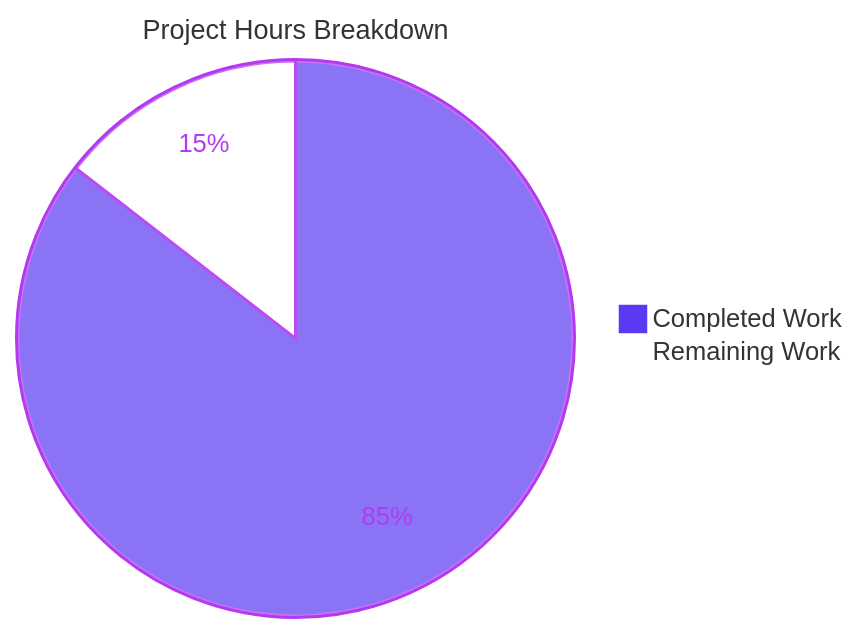
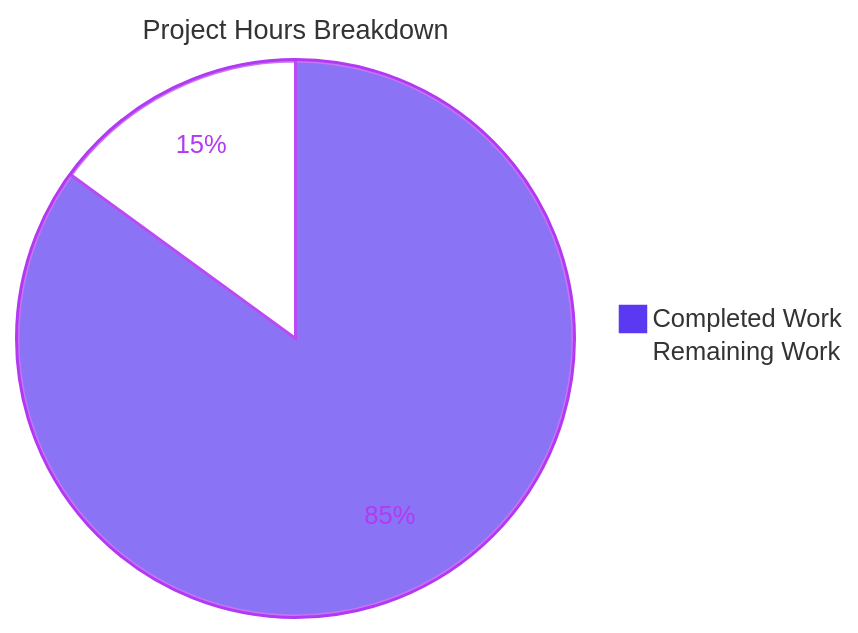
Before and after one commit to blitzy-public-samples/slatwall-coldfusion: the second of 4 diagrams in blitzy/documentation/Project Guide.md, drawn with Mermaid. The commit also changed other lines of this file, not shown here.

Commit message:
Adding Blitzy Project Guide: Project Status and Human Tasks Remaining

````diff
--- a/blitzy/documentation/Project Guide.md
+++ b/blitzy/documentation/Project Guide.md
@@ -254,6 +262,6 @@
 ```mermaid
 %%{init: {"theme":"base","themeVariables":{"pie1":"#5B39F3","pie2":"#FFFFFF","pieStrokeColor":"#B23AF2","pieOuterStrokeColor":"#B23AF2","pieSectionTextColor":"#B23AF2","pieTitleTextSize":"18px"}}}%%
 pie title Project Hours Breakdown
-    "Completed Work" : 949
-    "Remaining Work" : 161
+    "Completed Work" : 965
+    "Remaining Work" : 170
 ```
````
